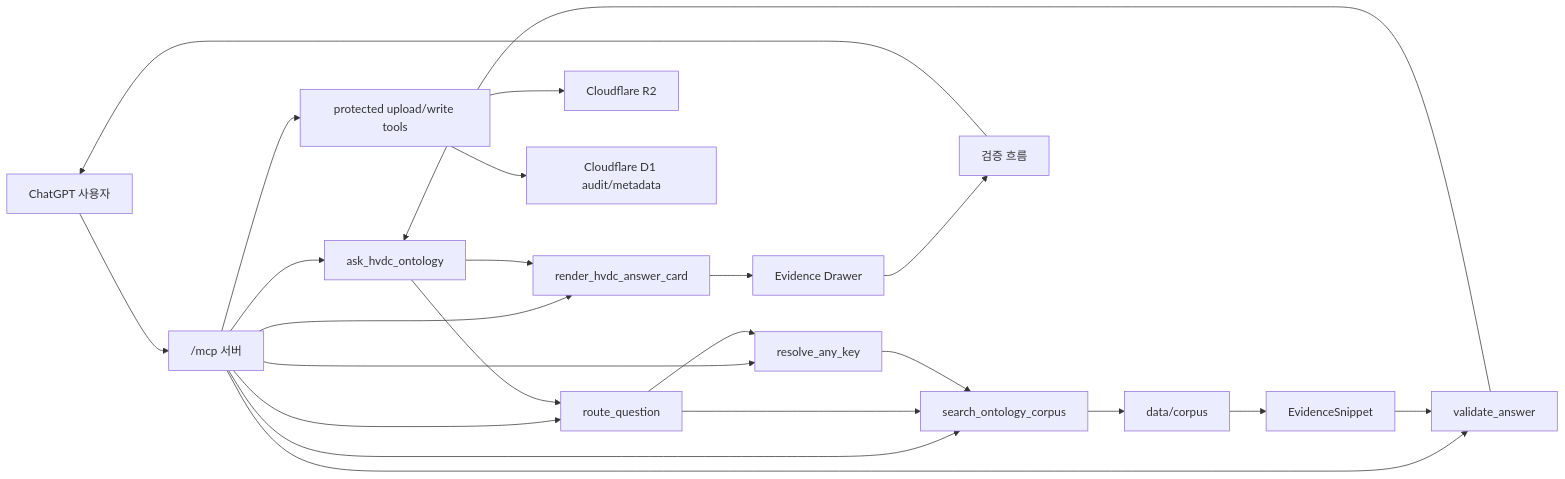
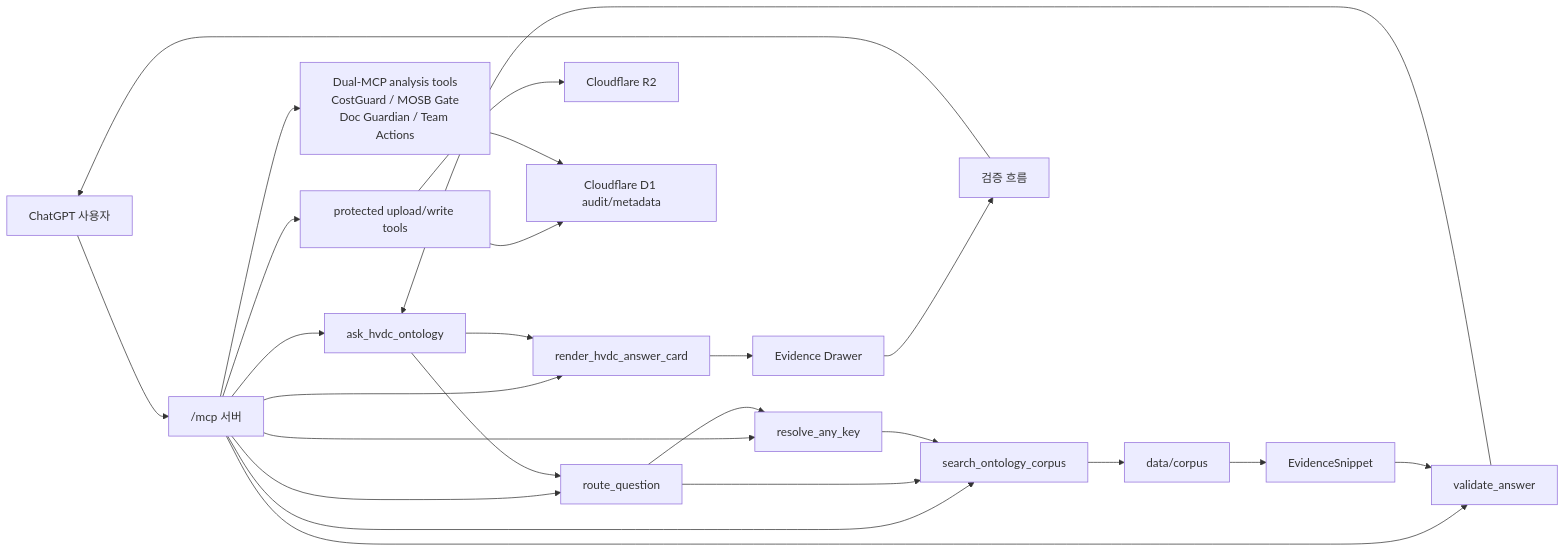
Before and after one commit to macho715/SCT_ONTOLOGY: the diagram in README.md, drawn with Mermaid. The commit also changed other lines of this file and 3 other files, not shown here.

Commit message:
docs: sync Dual-MCP runtime status

````diff
--- a/README.md
+++ b/README.md
@@ -90,25 +115,27 @@
 ```mermaid
 flowchart LR
   User["ChatGPT 사용자"] --> Mcp["/mcp 서버"]
   Mcp --> Ask["ask_hvdc_ontology"]
   Mcp --> Render["render_hvdc_answer_card"]
   Mcp --> Route["route_question"]
   Mcp --> Search["search_ontology_corpus"]
   Mcp --> Resolve["resolve_any_key"]
   Mcp --> Validate["validate_answer"]
   Mcp --> UploadWrite["protected upload/write tools"]
+  Mcp --> DualMcp["Dual-MCP analysis tools<br/>CostGuard / MOSB Gate<br/>Doc Guardian / Team Actions"]
   Ask --> Route
   Route --> Search
   Route --> Resolve
   Resolve --> Search
   Search --> Corpus["data/corpus"]
   Corpus --> Evidence["EvidenceSnippet"]
   Evidence --> Validate
   Validate --> Ask
   Ask --> Render
   UploadWrite --> R2["Cloudflare R2"]
   UploadWrite --> D1["Cloudflare D1 audit/metadata"]
+  DualMcp --> D1
   Render --> Drawer["Evidence Drawer"]
   Drawer --> Review["검증 흐름"]
   Review --> User
 ```
````
